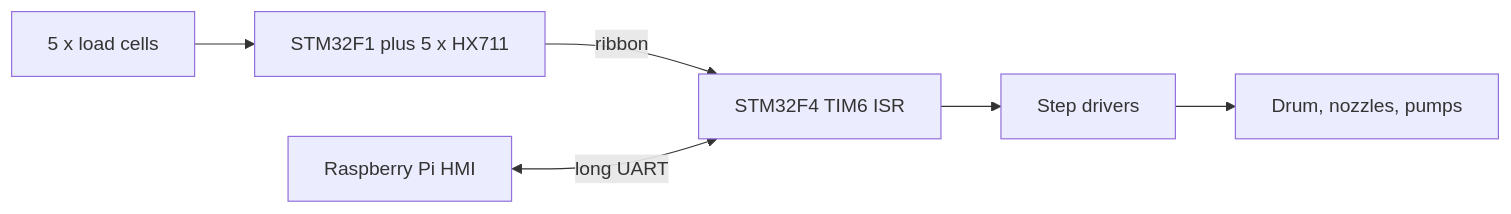
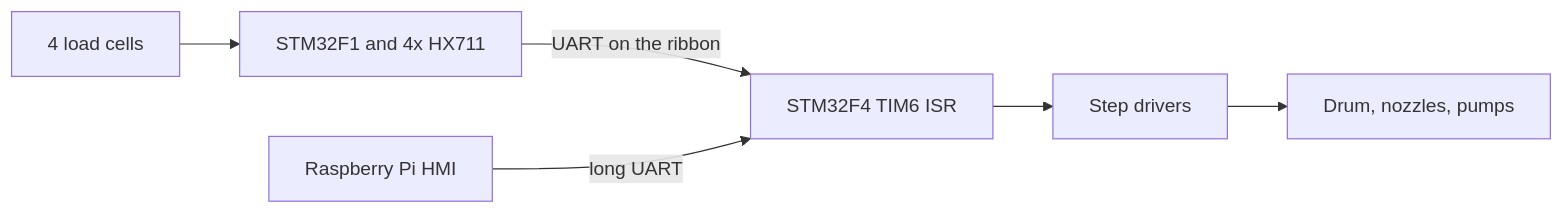
One commit to alibeknakhimov/portfolio.github.io changed the first of 2 diagrams in _portfolio/0-filling.md. Above: the diagram before and after it, drawn with Mermaid. The commit also changed other lines of this file, not shown here.

```diff
--- a/_portfolio/0-filling.md
+++ b/_portfolio/0-filling.md
@@ -45,8 +45,8 @@
-<div class="mermaid" markdown="0">
+<pre class="mermaid">
 flowchart LR
-    LC[5 x load cells] --> HX[STM32F1 plus 5 x HX711]
-    HX -->|ribbon| MCU[STM32F4 TIM6 ISR]
+    LC[4 load cells] --> HX[STM32F1 and 4x HX711]
+    HX -->|UART on the ribbon| MCU[STM32F4 TIM6 ISR]
     MCU --> DRV[Step drivers]
     DRV --> MECH[Drum, nozzles, pumps]
-    PI[Raspberry Pi HMI] <-->|long UART| MCU
-</div>
+    PI[Raspberry Pi HMI] -->|long UART| MCU
+</pre>
```
